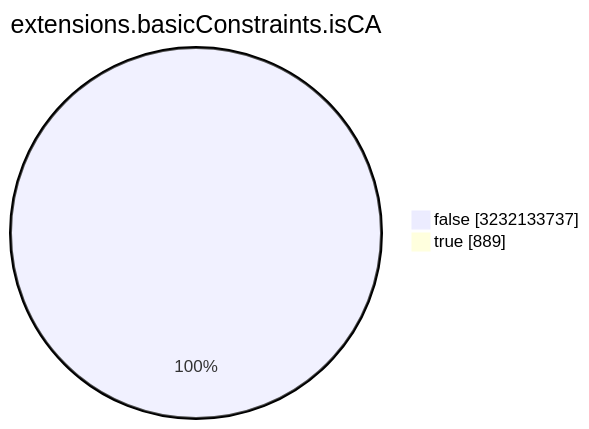
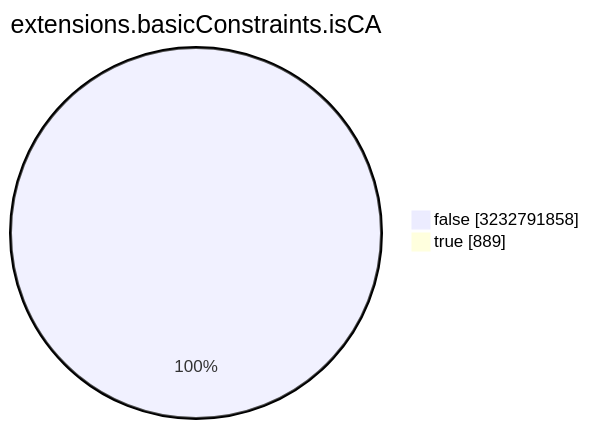
One commit to christiankrug/ctmonitor_visualization changed the seventh of 15 diagrams in TOTAL/README.md. Above: the diagram before and after it, drawn with Mermaid. The commit also changed other lines of this file, not shown here.

````diff
--- a/TOTAL/README.md
+++ b/TOTAL/README.md
@@ -3088,6 +3088,6 @@
 ```mermaid
 pie showData
 title extensions.basicConstraints.isCA
-"false" :3232133737
+"false" :3232791858
 "true" :889
 ```
````
